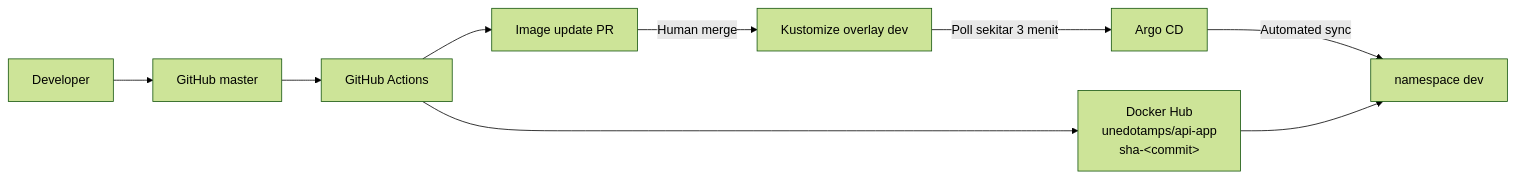
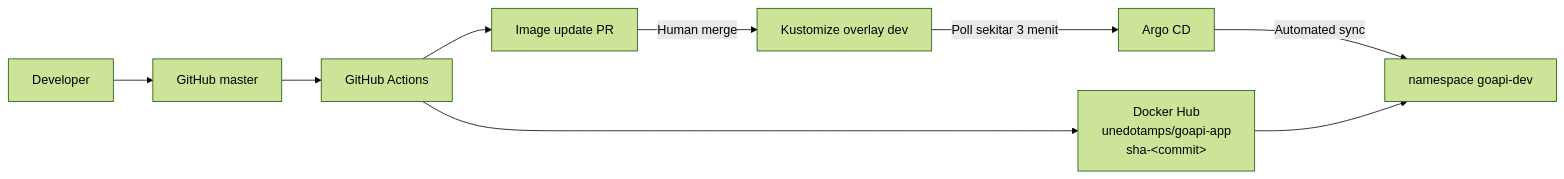
One commit to unedtamps/aws changed the seventh of 7 diagrams in aws_kube/k8s/README.md. Above: the diagram before and after it, drawn with Mermaid (forest theme). The commit also changed other lines of this file and 32 other files, not shown here.

````diff
--- a/aws_kube/k8s/README.md
+++ b/aws_kube/k8s/README.md
@@ -650,11 +656,11 @@
 ```mermaid
 flowchart LR
     developer["Developer"] --> master["GitHub master"]
     master --> ci["GitHub Actions"]
-    ci --> registry["Docker Hub<br/>unedotamps/api-app<br/>sha-&lt;commit&gt;"]
+    ci --> registry["Docker Hub<br/>unedotamps/goapi-app<br/>sha-&lt;commit&gt;"]
     ci --> pr["Image update PR"]
     pr -->|"Human merge"| gitops["Kustomize overlay dev"]
     gitops -->|"Poll sekitar 3 menit"| argocd["Argo CD"]
-    argocd -->|"Automated sync"| dev["namespace dev"]
+    argocd -->|"Automated sync"| dev["namespace goapi-dev"]
     registry --> dev
 ```
````
